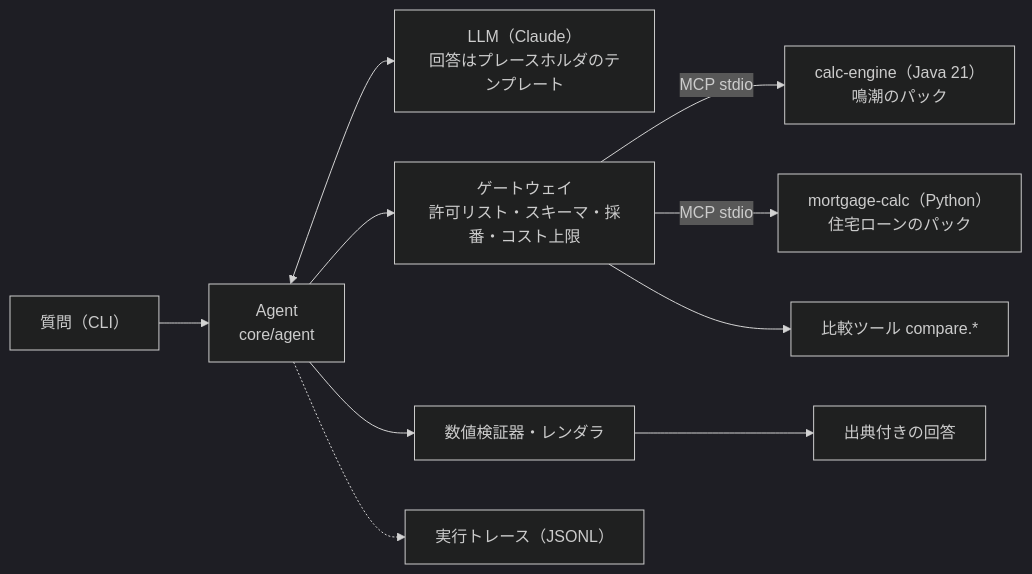
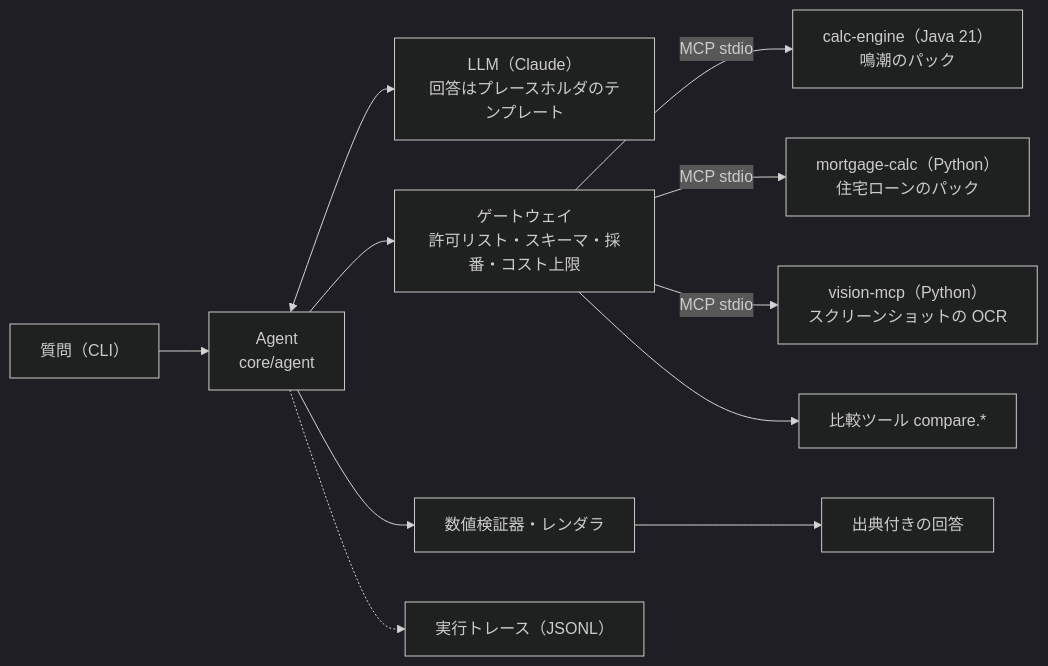
The diagram in README.md (hexinlong9981/echolab), drawn with Mermaid (dark theme) before and after one commit. The commit also changed other lines of this file and 15 other files, not shown here.

````diff
--- a/README.md
+++ b/README.md
@@ -39,12 +40,13 @@
 ```mermaid
 flowchart LR
   Q["質問（CLI）"] --> A["Agent<br/>core/agent"]
   A <--> L["LLM（Claude）<br/>回答はプレースホルダのテンプレート"]
   A --> G["ゲートウェイ<br/>許可リスト・スキーマ・採番・コスト上限"]
   G -->|MCP stdio| J["calc-engine（Java 21）<br/>鳴潮のパック"]
   G -->|MCP stdio| M["mortgage-calc（Python）<br/>住宅ローンのパック"]
+  G -->|MCP stdio| O["vision-mcp（Python）<br/>スクリーンショットの OCR"]
   G --> K["比較ツール compare.*"]
   A --> V["数値検証器・レンダラ"]
   V --> R["出典付きの回答"]
   A -.-> T["実行トレース（JSONL）"]
 ```
````
